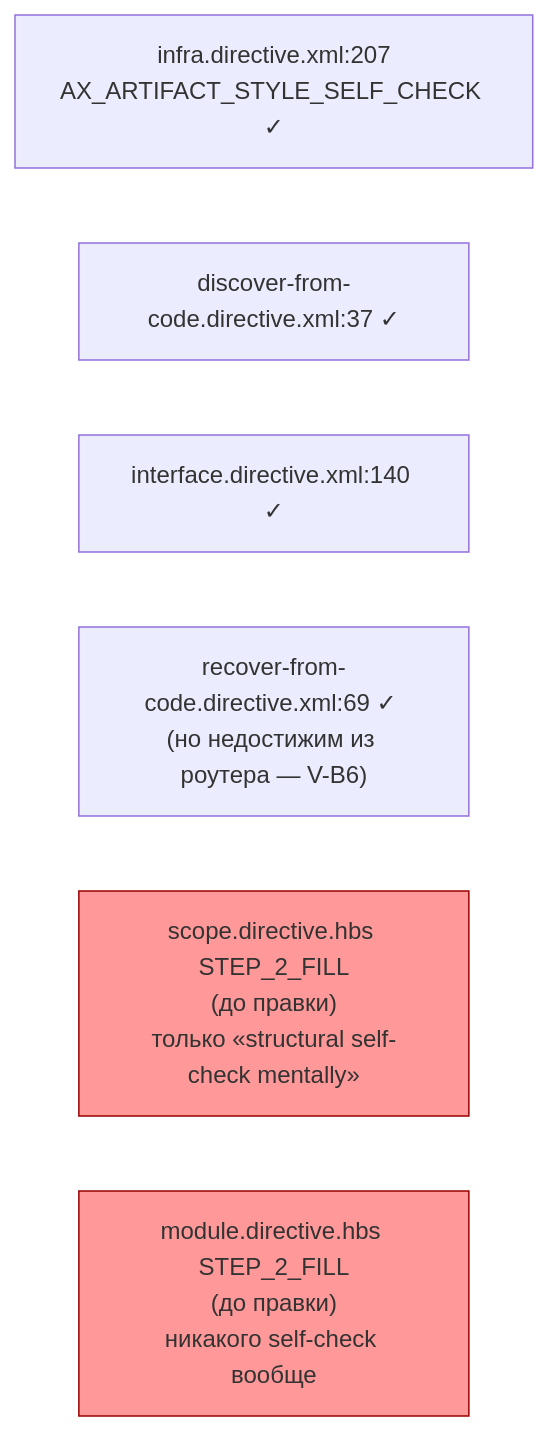
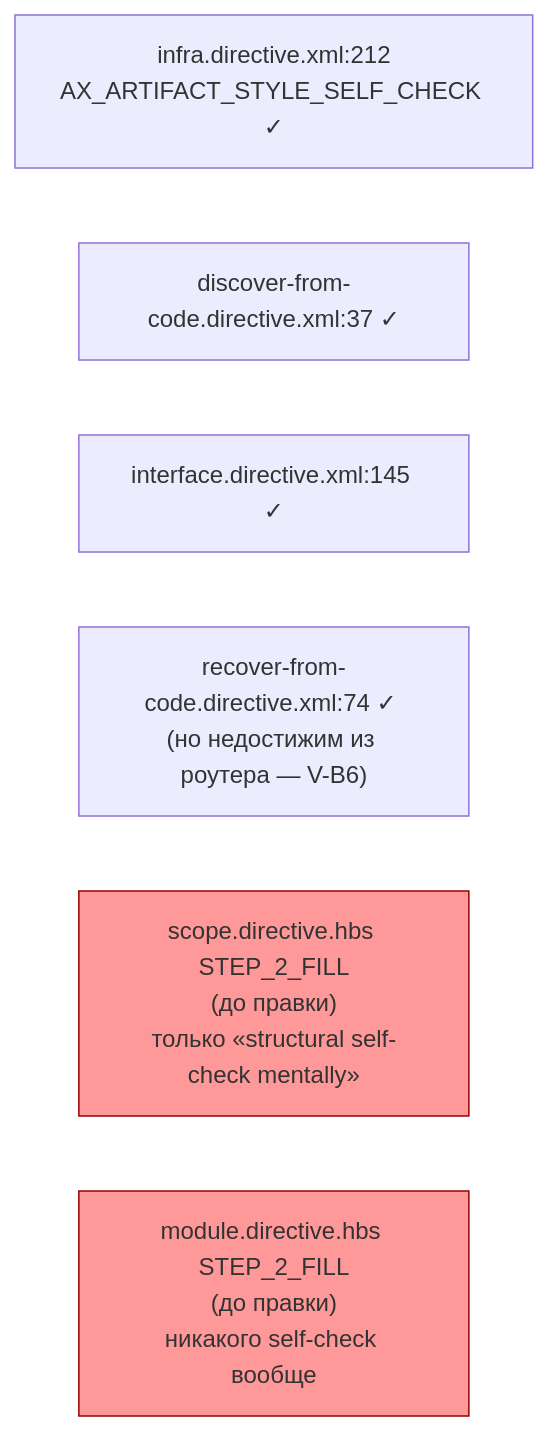
One commit to RubaXa/gennady changed the first of 2 diagrams in ai/drafts/research/sdd-v1-to-v2-transfer/_raw/reports/R-T-B6-14.md. Above: the diagram before and after it, drawn with Mermaid. The commit also changed other lines of this file and 10 other files, not shown here.

````diff
--- a/ai/drafts/research/sdd-v1-to-v2-transfer/_raw/reports/R-T-B6-14.md
+++ b/ai/drafts/research/sdd-v1-to-v2-transfer/_raw/reports/R-T-B6-14.md
@@ -29,11 +29,11 @@
 ```mermaid
 flowchart LR
-  Infra["infra.directive.xml:207\nAX_ARTIFACT_STYLE_SELF_CHECK ✓"]
+  Infra["infra.directive.xml:212\nAX_ARTIFACT_STYLE_SELF_CHECK ✓"]
   Discover["discover-from-code.directive.xml:37 ✓"]
-  Interface["interface.directive.xml:140 ✓"]
-  Recover["recover-from-code.directive.xml:69 ✓ (но недостижим из роутера — V-B6)"]
+  Interface["interface.directive.xml:145 ✓"]
+  Recover["recover-from-code.directive.xml:74 ✓ (но недостижим из роутера — V-B6)"]
   Scope["scope.directive.hbs STEP_2_FILL\n(до правки)\nтолько «structural self-check mentally»"]
   Module["module.directive.hbs STEP_2_FILL\n(до правки)\nникакого self-check вообще"]
   style Scope fill:#f99,stroke:#900
   style Module fill:#f99,stroke:#900
 ```
````
